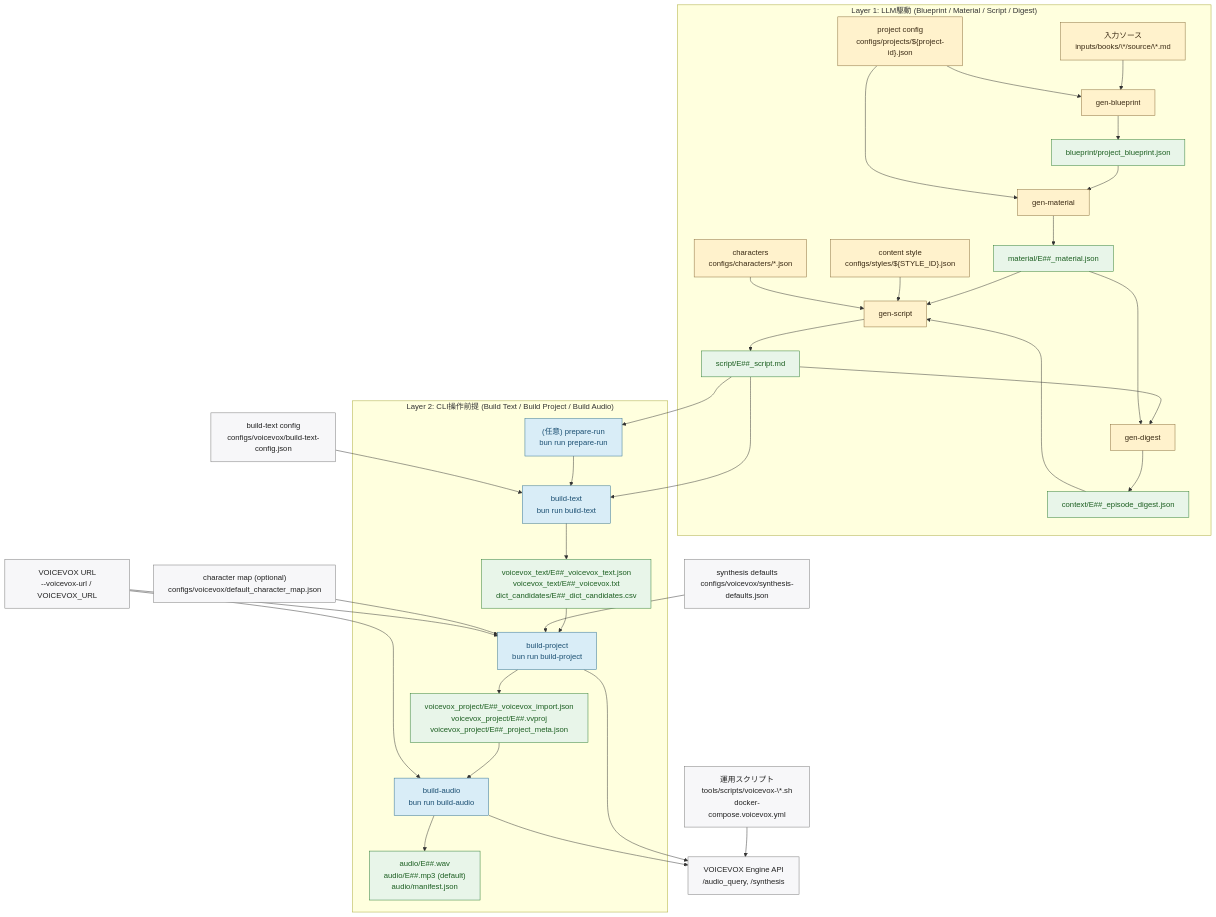
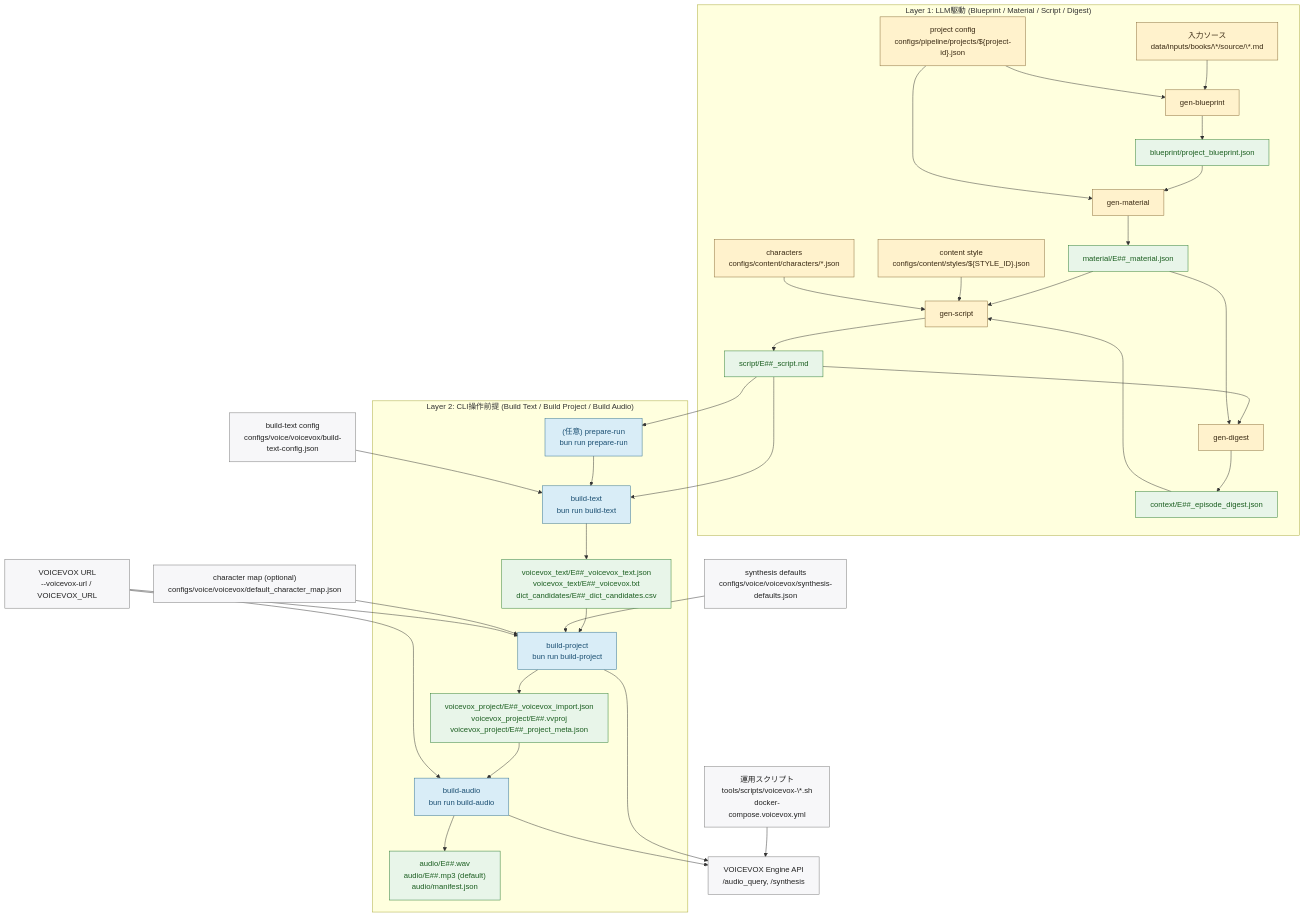
One commit to niroe5tar64/narrative-vox changed the diagram in docs/architecture/pipeline.md. Above: the diagram before and after it, drawn with Mermaid. The commit also changed other lines of this file and 162 other files, not shown here.

````diff
--- a/docs/architecture/pipeline.md
+++ b/docs/architecture/pipeline.md
@@ -12,74 +12,74 @@
 ```mermaid
 flowchart TB
   subgraph PromptFlow["Layer 1: LLM駆動 (Blueprint / Material / Script / Digest)"]
-    S["入力ソース<br/>inputs/books/\*/source/\*.md"]
-    PCFG["project config<br/>configs/projects/${project-id}.json"]
-    STY["content style<br/>configs/styles/${STYLE_ID}.json"]
-    CHR["characters<br/>configs/characters/*.json"]
+    S["入力ソース<br/>data/inputs/books/\*/source/\*.md"]
+    PCFG["project config<br/>configs/pipeline/projects/${project-id}.json"]
+    STY["content style<br/>configs/content/styles/${STYLE_ID}.json"]
+    CHR["characters<br/>configs/content/characters/*.json"]
     P1["gen-blueprint"]
     O1["blueprint/project_blueprint.json"]
     P2["gen-material"]
     O2["material/E##_material.json"]
     P3["gen-script"]
     O3["script/E##_script.md"]
     P4["gen-digest"]
     O4D["context/E##_episode_digest.json"]
     S --> P1
     PCFG --> P1
     P1 --> O1
     O1 --> P2
     PCFG --> P2
     P2 --> O2
     O2 --> P3
     STY --> P3
     CHR --> P3
     O4D --> P3
     P3 --> O3
     O3 --> P4
     O2 --> P4
     P4 --> O4D
   end
 
   subgraph CliFlow["Layer 2: CLI操作前提 (Build Text / Build Project / Build Audio)"]
     C0["(任意) prepare-run<br/>bun run prepare-run"]
     C1["build-text<br/>bun run build-text"]
     C2["build-project<br/>bun run build-project"]
     C3["build-audio<br/>bun run build-audio"]
     O4["voicevox_text/E##_voicevox_text.json<br/>voicevox_text/E##_voicevox.txt<br/>dict_candidates/E##_dict_candidates.csv"]
     O5["voicevox_project/E##_voicevox_import.json<br/>voicevox_project/E##.vvproj<br/>voicevox_project/E##_project_meta.json"]
     O6["audio/E##.wav<br/>audio/E##.mp3 (default)<br/>audio/manifest.json"]
     C0 --> C1
     C1 --> O4
     O4 --> C2
     C2 --> O5
     O5 --> C3
     C3 --> O6
   end
 
-  CFG4["build-text config<br/>configs/voicevox/build-text-config.json"]
-  CFG5P["synthesis defaults<br/>configs/voicevox/synthesis-defaults.json"]
-  CFG5S["character map (optional)<br/>configs/voicevox/default_character_map.json"]
+  CFG4["build-text config<br/>configs/voice/voicevox/build-text-config.json"]
+  CFG5P["synthesis defaults<br/>configs/voice/voicevox/synthesis-defaults.json"]
+  CFG5S["character map (optional)<br/>configs/voice/voicevox/default_character_map.json"]
   VXURL["VOICEVOX URL<br/>--voicevox-url / VOICEVOX_URL"]
   VXAPI["VOICEVOX Engine API<br/>/audio_query, /synthesis"]
   VXSCRIPT["運用スクリプト<br/>tools/scripts/voicevox-\*.sh<br/>docker-compose.voicevox.yml"]
 
   O3 --> C0
   O3 --> C1
   CFG4 --> C1
   CFG5P --> C2
   CFG5S --> C2
   VXURL --> C2
   VXURL --> C3
   VXSCRIPT --> VXAPI
   C2 --> VXAPI
   C3 --> VXAPI
 
   classDef prompt fill:#fff2cc,stroke:#8a6d3b,color:#3a2a14;
   classDef cli fill:#d9edf7,stroke:#31708f,color:#1b4f72;
   classDef cfg fill:#f7f7f9,stroke:#777,color:#222;
   classDef out fill:#e8f5e9,stroke:#2e7d32,color:#1b5e20;
   class S,PCFG,STY,CHR,P1,P2,P3,P4 prompt;
   class C0,C1,C2,C3 cli;
   class CFG4,CFG5P,CFG5S,VXURL,VXAPI,VXSCRIPT cfg;
   class O1,O2,O3,O4D,O4,O5,O6 out;
 ```
````
